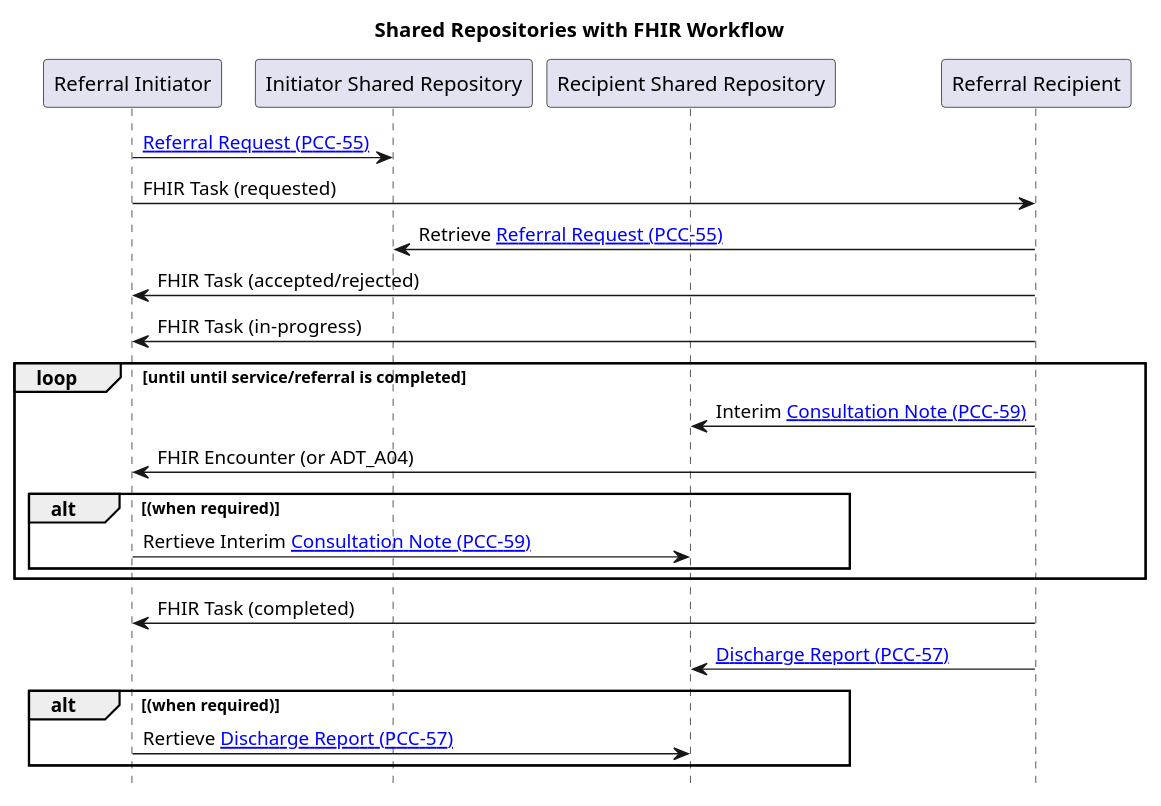
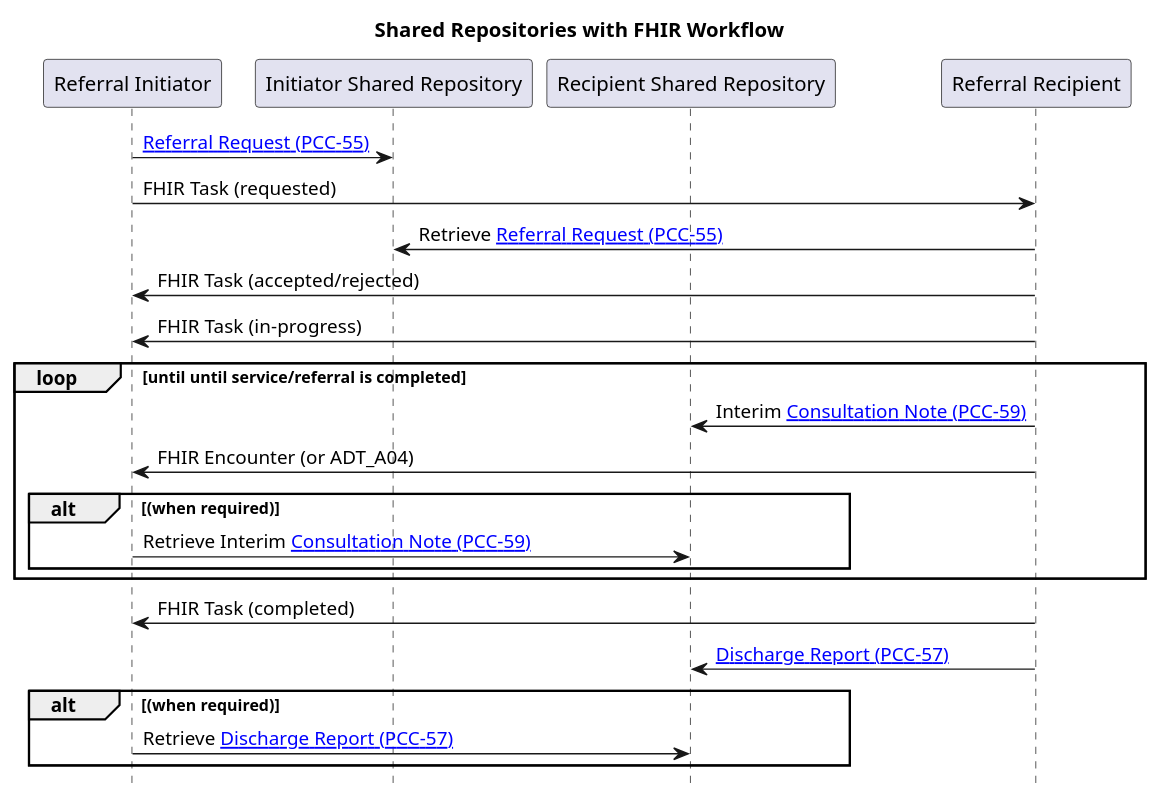
Before and after one commit to Virtually-Healthcare/virtually-healthcare.github.com: the diagram in input/images-source/eReferral-fhir-sequence.plantuml, drawn with PlantUML. The commit also changed 1 other file, not shown here.

```diff
--- a/input/images-source/eReferral-fhir-sequence.plantuml
+++ b/input/images-source/eReferral-fhir-sequence.plantuml
@@ -1,30 +1,30 @@
 @startuml
 
 
 title "Shared Repositories with FHIR Workflow"
 
 hide footbox
 
 participant "Referral Initiator" as placer
 participant "Initiator Shared Repository" as cdri
 participant "Recipient Shared Repository" as cdrr
 participant "Referral Recipient" as filler
 
 placer -> cdri : [[I12.html Referral Request (PCC-55)]]
 placer -> filler: FHIR Task (requested)
 filler -> cdri: Retrieve [[I12.html Referral Request (PCC-55)]]
 filler -> placer: FHIR Task (accepted/rejected)
 filler -> placer: FHIR Task (in-progress)
 loop until until service/referral is completed
 filler -> cdrr:  Interim [[A04.html Consultation Note (PCC-59)]]
 filler -> placer: FHIR Encounter (or ADT_A04)
 alt (when required)
-placer -> cdrr: Rertieve Interim [[A04.html Consultation Note (PCC-59)]]
+placer -> cdrr: Retrieve Interim [[A04.html Consultation Note (PCC-59)]]
 end
 end
 filler -> placer: FHIR Task (completed)
 filler -> cdrr: [[A03.html Discharge Report (PCC-57)]]
 alt (when required)
-placer -> cdrr: Rertieve [[A03.html Discharge Report (PCC-57)]]
+placer -> cdrr: Retrieve [[A03.html Discharge Report (PCC-57)]]
 end
 @enduml
```
